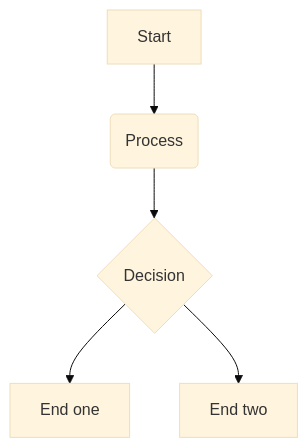
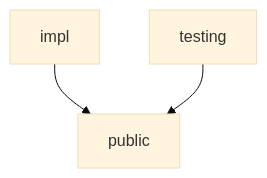
The diagram in docs/architecture.md (plusmobileapps/chef-mate), drawn with Mermaid (base theme) before and after one commit. The commit also changed other lines of this file and 3 other files, not shown here.

Commit message:
add ai rules for the architecture

````diff
--- a/docs/architecture.md
+++ b/docs/architecture.md
@@ -9,7 +9,5 @@
 ```mermaid
 flowchart TD
-    A[Start] --> B(Process);
-    B --> C{Decision};
-    C --> D[End one];
-    C --> E[End two];
+    I[impl] --> P[public]
+    T[testing] --> P
 ```
````
